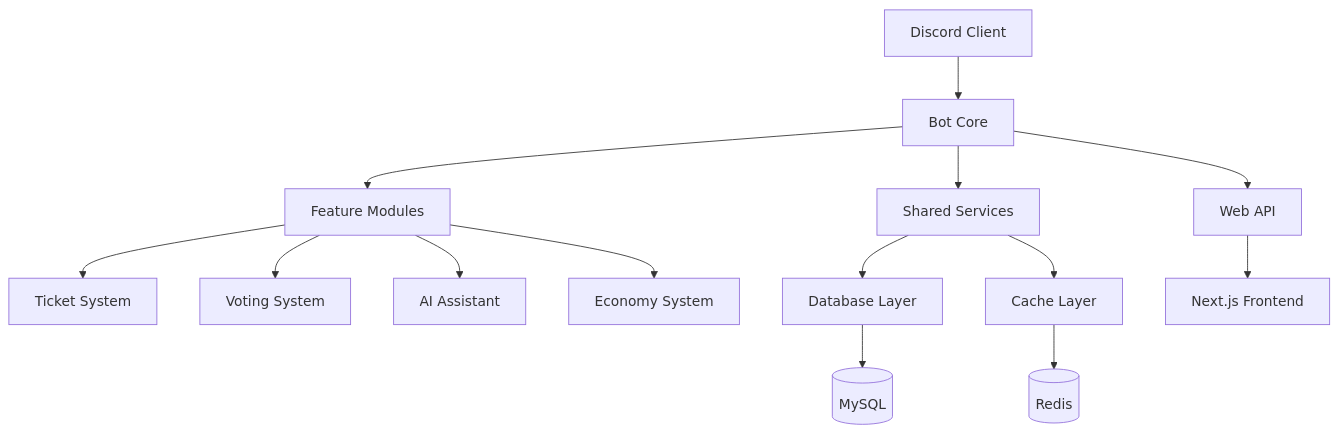
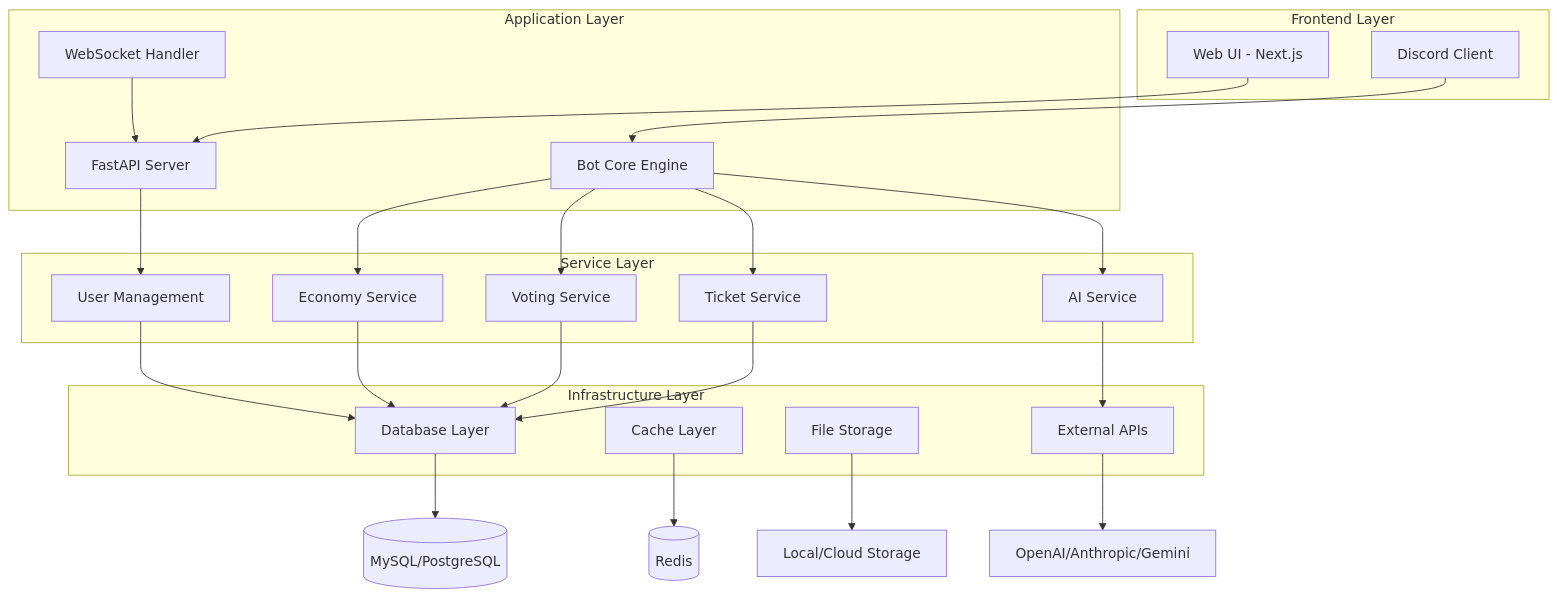
The diagram in README.md (Craig-0219/potato), drawn with Mermaid before and after one commit. The commit also changed other lines of this file and 3 other files, not shown here.

````diff
--- a/README.md
+++ b/README.md
@@ -67,19 +98,48 @@
 ```mermaid
 graph TB
-    A[Discord Client] --> B[Bot Core]
-    B --> C[Feature Modules]
-    B --> D[Shared Services]
-    B --> E[Web API]
+    subgraph "Frontend Layer"
+        A[Web UI - Next.js]
+        B[Discord Client]
+    end
     
-    C --> F[Ticket System]
-    C --> G[Voting System]
-    C --> H[AI Assistant]
-    C --> I[Economy System]
+    subgraph "Application Layer"
+        C[Bot Core Engine]
+        D[FastAPI Server]
+        E[WebSocket Handler]
+    end
     
-    D --> J[Database Layer]
-    D --> K[Cache Layer]
-    E --> L[Next.js Frontend]
+    subgraph "Service Layer"
+        F[Ticket Service]
+        G[Voting Service]
+        H[AI Service]
+        I[Economy Service]
+        J[User Management]
+    end
     
-    J --> M[(MySQL)]
-    K --> N[(Redis)]
+    subgraph "Infrastructure Layer"
+        K[Database Layer]
+        L[Cache Layer]
+        M[File Storage]
+        N[External APIs]
+    end
+    
+    A --> D
+    B --> C
+    C --> F
+    C --> G
+    C --> H
+    C --> I
+    D --> J
+    E --> D
+    
+    F --> K
+    G --> K
+    H --> N
+    I --> K
+    J --> K
+    
+    K --> O[(MySQL/PostgreSQL)]
+    L --> P[(Redis)]
+    M --> Q[Local/Cloud Storage]
+    N --> R[OpenAI/Anthropic/Gemini]
 ```
````
